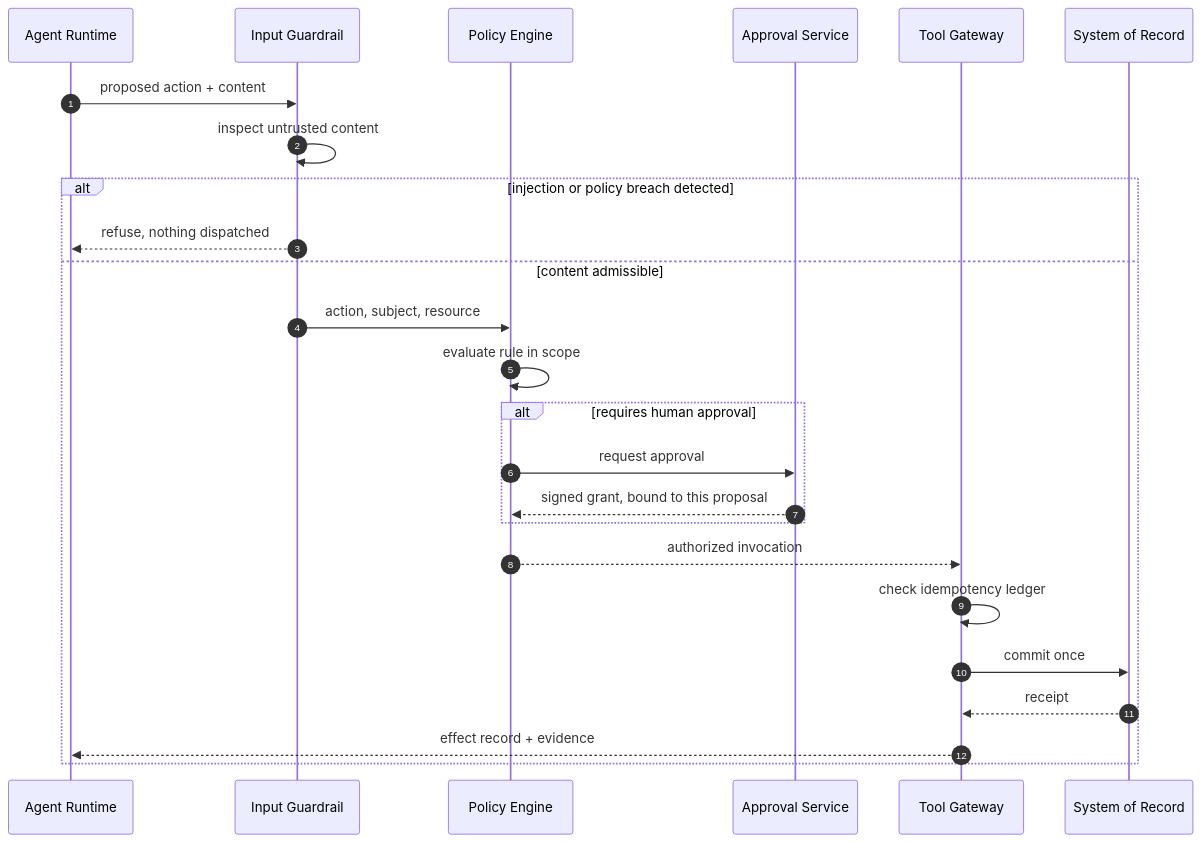
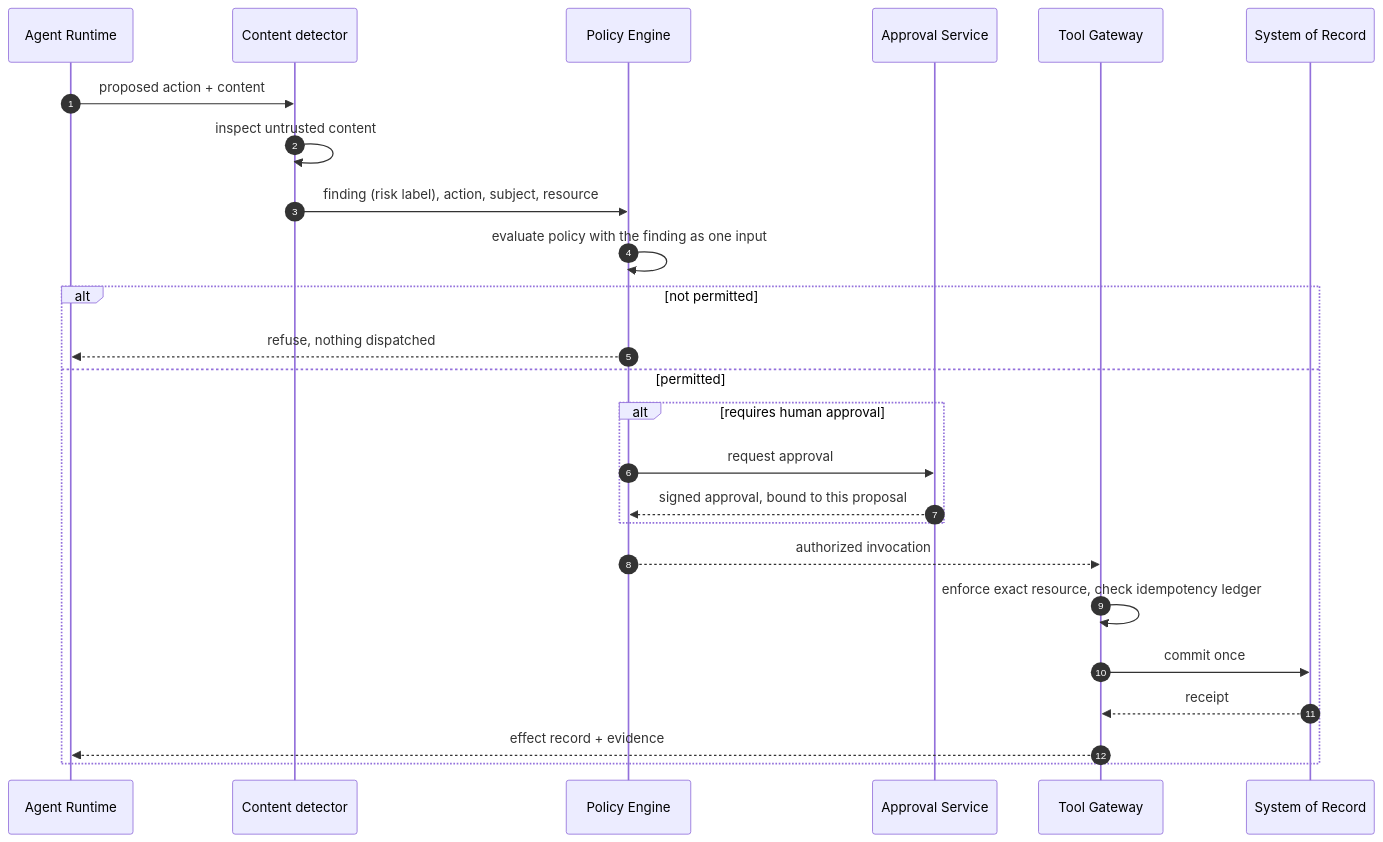
Before and after one commit to rrahimi-uci/building-enterprise-general-intelligence: the diagram in assets/diagrams/src/guardrail-sequence.mmd, drawn with Mermaid. The commit also changed 39 other files, not shown here.

```diff
--- a/assets/diagrams/src/guardrail-sequence.mmd
+++ b/assets/diagrams/src/guardrail-sequence.mmd
@@ -1,29 +1,30 @@
-%% Figure 20-3 — Runtime guardrail and protected effect.
-%% Message: trust is not inherited. Each boundary re-checks, and the refusal
-%% happens before anything commits rather than being reported afterwards.
+%% Figure 20-3 — Detection, policy, and enforcement for one protected effect.
+%% Message: the detector only raises a finding. The policy engine decides, and
+%% the Tool Gateway enforces before anything commits, whether or not the
+%% detector noticed the attack.
 sequenceDiagram
     autonumber
     participant Agent as Agent Runtime
-    participant In as Input Guardrail
+    participant Det as Content detector
     participant Pol as Policy Engine
     participant App as Approval Service
     participant Tool as Tool Gateway
     participant Sys as System of Record
 
-    Agent->>In: proposed action + content
-    In->>In: inspect untrusted content
-    alt injection or policy breach detected
-        In-->>Agent: refuse, nothing dispatched
-    else content admissible
-        In->>Pol: action, subject, resource
-        Pol->>Pol: evaluate rule in scope
+    Agent->>Det: proposed action + content
+    Det->>Det: inspect untrusted content
+    Det->>Pol: finding (risk label), action, subject, resource
+    Pol->>Pol: evaluate policy with the finding as one input
+    alt not permitted
+        Pol-->>Agent: refuse, nothing dispatched
+    else permitted
         alt requires human approval
             Pol->>App: request approval
-            App-->>Pol: signed grant, bound to this proposal
+            App-->>Pol: signed approval, bound to this proposal
         end
         Pol-->>Tool: authorized invocation
-        Tool->>Tool: check idempotency ledger
+        Tool->>Tool: enforce exact resource, check idempotency ledger
         Tool->>Sys: commit once
         Sys-->>Tool: receipt
         Tool-->>Agent: effect record + evidence
     end
```
